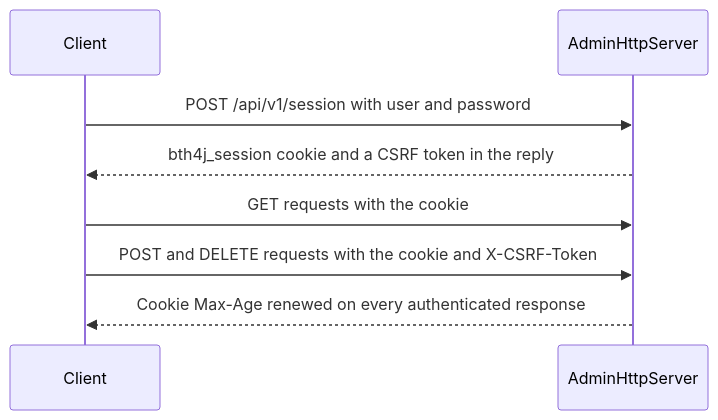
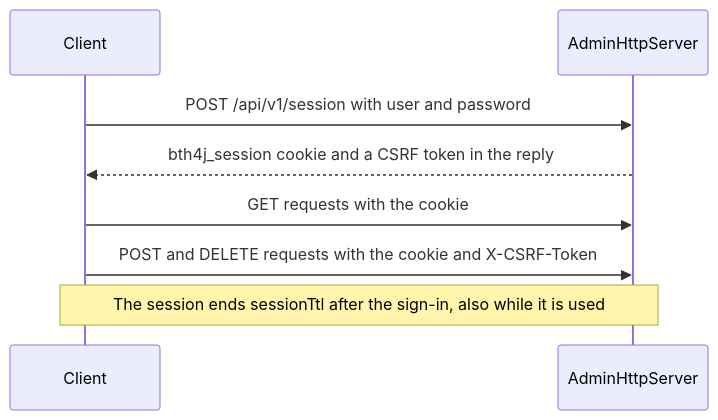
The third of 4 diagrams in docs/admin.md (BonfireTrunk/bth4j), drawn with Mermaid before and after one commit. The commit also changed other lines of this file and 25 other files, not shown here.

````diff
--- a/docs/admin.md
+++ b/docs/admin.md
@@ -170,10 +170,10 @@
 ```mermaid
 sequenceDiagram
     participant C as Client
     participant S as AdminHttpServer
     C->>S: POST /api/v1/session with user and password
     S-->>C: bth4j_session cookie and a CSRF token in the reply
     C->>S: GET requests with the cookie
     C->>S: POST and DELETE requests with the cookie and X-CSRF-Token
-    S-->>C: Cookie Max-Age renewed on every authenticated response
+    Note over C,S: The session ends sessionTtl after the sign-in, also while it is used
 ```
````
